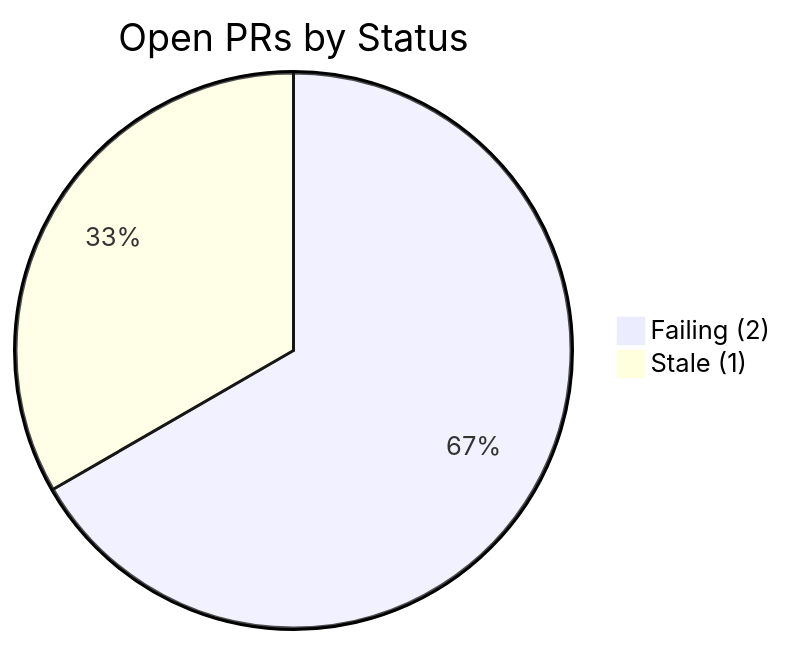
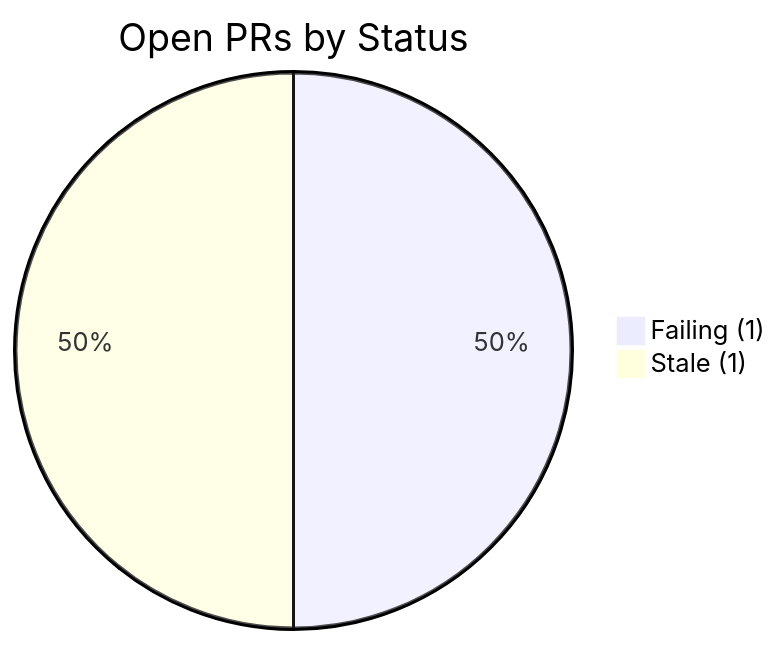
One commit to Nitsur10/invoice-dashboard-deploy changed the first of 4 diagrams in docs/tracker.md. Above: the diagram before and after it, drawn with Mermaid. The commit also changed other lines of this file and 1 other file, not shown here.

````diff
--- a/docs/tracker.md
+++ b/docs/tracker.md
@@ -18,10 +18,10 @@
 ```mermaid
 pie title Open PRs by Status
     
     
-    "Failing (2)" : 2
+    "Failing (1)" : 1
     
     
     "Stale (1)" : 1
     
 ```
````
